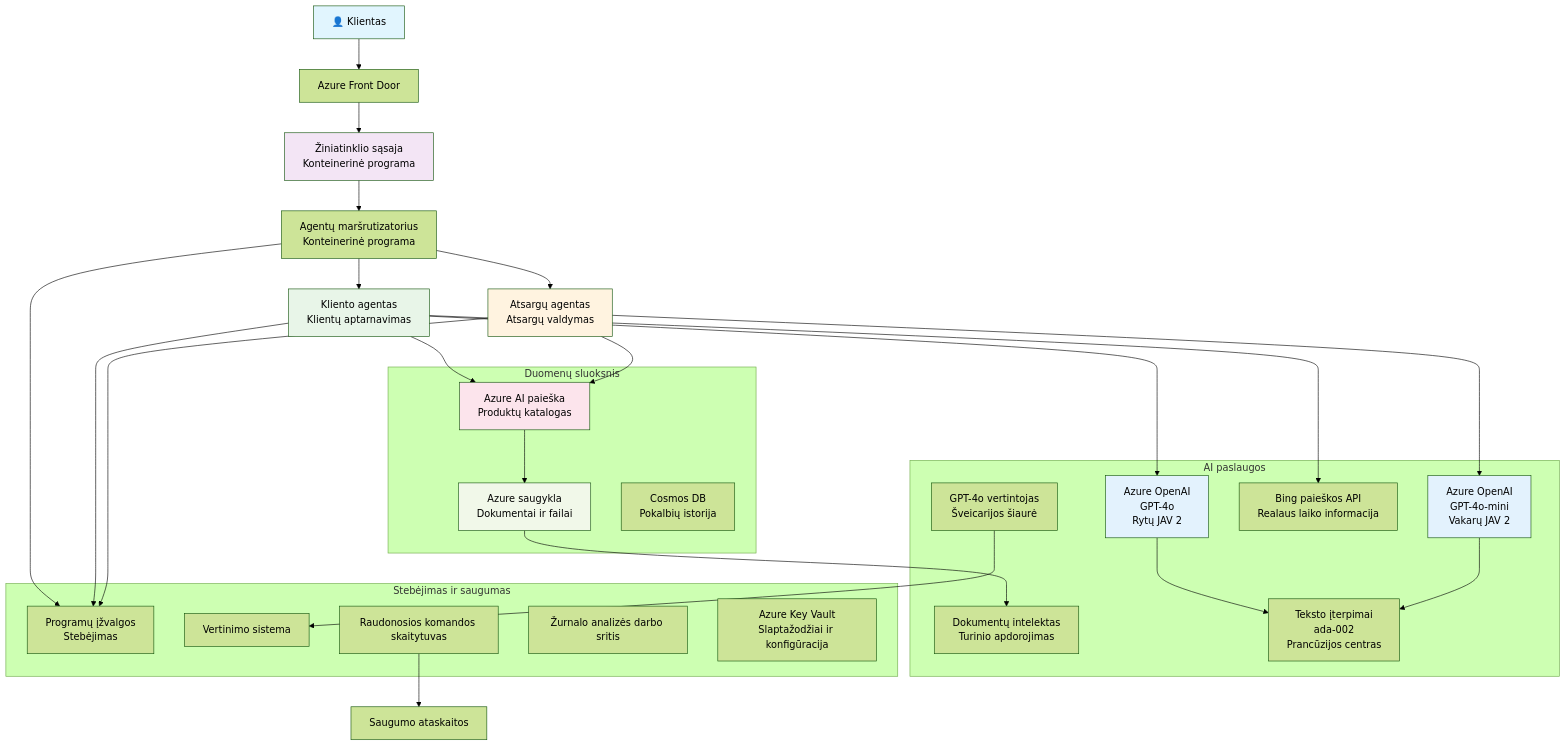
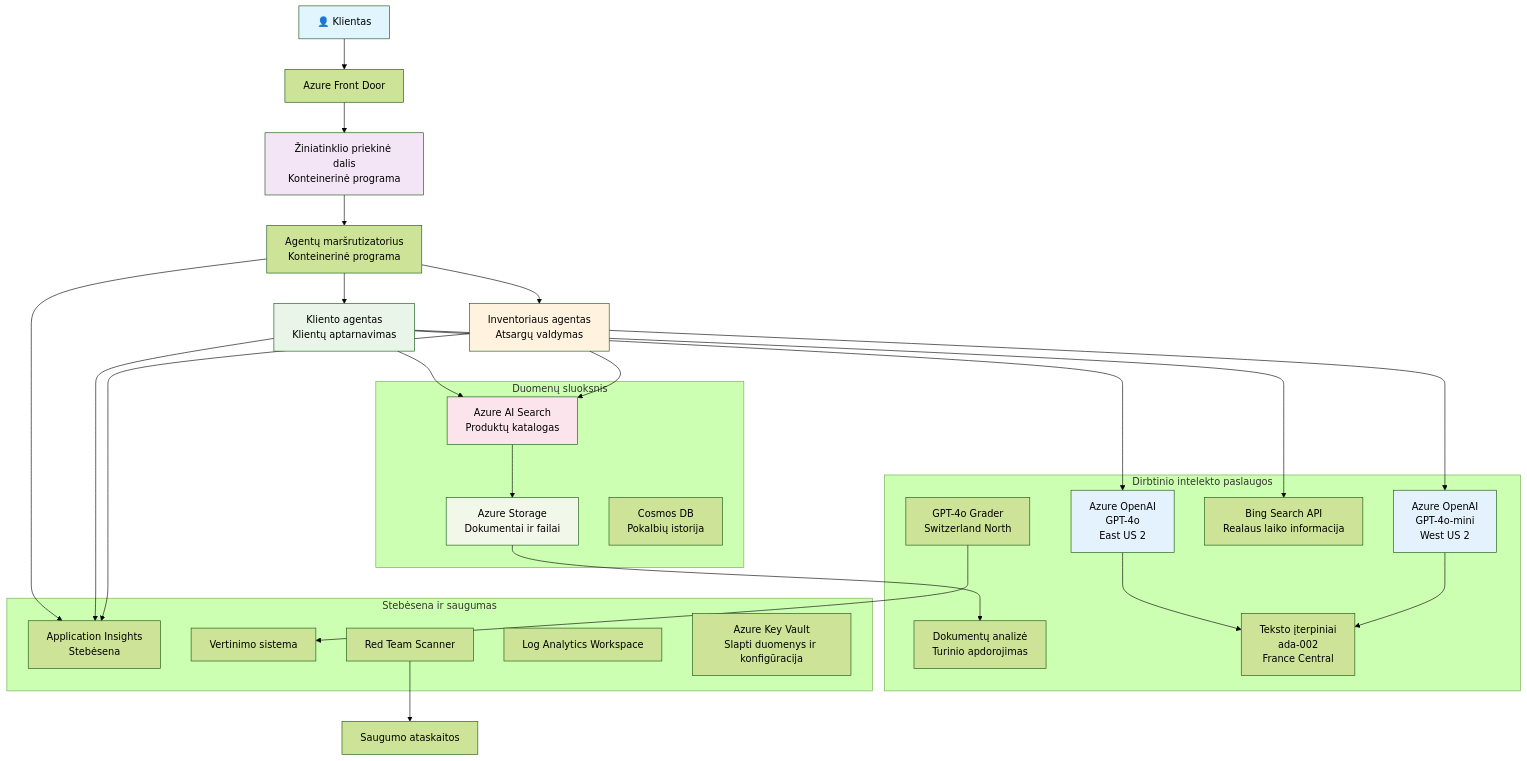
One commit to microsoft/AZD-for-beginners changed the diagram in translations/lt/examples/retail-scenario.md. Above: the diagram before and after it, drawn with Mermaid (forest theme). The commit also changed other lines of this file and 242 other files, not shown here.

````diff
--- a/translations/lt/examples/retail-scenario.md
+++ b/translations/lt/examples/retail-scenario.md
@@ -148,61 +139,61 @@
 ```mermaid
 graph TB
     User[👤 Klientas] --> LB[Azure Front Door]
-    LB --> WebApp[Žiniatinklio sąsaja<br/>Konteinerinė programa]
+    LB --> WebApp[Žiniatinklio priekinė dalis<br/>Konteinerinė programa]
     
     WebApp --> Router[Agentų maršrutizatorius<br/>Konteinerinė programa]
     Router --> CustomerAgent[Kliento agentas<br/>Klientų aptarnavimas]
-    Router --> InvAgent[Atsargų agentas<br/>Atsargų valdymas]
+    Router --> InvAgent[Inventoriaus agentas<br/>Atsargų valdymas]
     
-    CustomerAgent --> OpenAI1[Azure OpenAI<br/>GPT-4o<br/>Rytų JAV 2]
-    InvAgent --> OpenAI2[Azure OpenAI<br/>GPT-4o-mini<br/>Vakarų JAV 2]
+    CustomerAgent --> OpenAI1[Azure OpenAI<br/>GPT-4o<br/>East US 2]
+    InvAgent --> OpenAI2[Azure OpenAI<br/>GPT-4o-mini<br/>West US 2]
     
-    CustomerAgent --> AISearch[Azure AI paieška<br/>Produktų katalogas]
-    CustomerAgent --> BingSearch[Bing paieškos API<br/>Realaus laiko informacija]
+    CustomerAgent --> AISearch[Azure AI Search<br/>Produktų katalogas]
+    CustomerAgent --> BingSearch[Bing Search API<br/>Realaus laiko informacija]
     InvAgent --> AISearch
     
-    AISearch --> Storage[Azure saugykla<br/>Dokumentai ir failai]
-    Storage --> DocIntel[Dokumentų intelektas<br/>Turinio apdorojimas]
+    AISearch --> Storage[Azure Storage<br/>Dokumentai ir failai]
+    Storage --> DocIntel[Dokumentų analizė<br/>Turinio apdorojimas]
     
-    OpenAI1 --> Embeddings[Teksto įterpimai<br/>ada-002<br/>Prancūzijos centras]
+    OpenAI1 --> Embeddings[Teksto įterpiniai<br/>ada-002<br/>France Central]
     OpenAI2 --> Embeddings
     
-    Router --> AppInsights[Programų įžvalgos<br/>Stebėjimas]
+    Router --> AppInsights[Application Insights<br/>Stebėsena]
     CustomerAgent --> AppInsights
     InvAgent --> AppInsights
     
-    GraderModel[GPT-4o vertintojas<br/>Šveicarijos šiaurė] --> Evaluation[Vertinimo sistema]
-    RedTeam[Raudonosios komandos skaitytuvas] --> SecurityReports[Saugumo ataskaitos]
+    GraderModel[GPT-4o Grader<br/>Switzerland North] --> Evaluation[Vertinimo sistema]
+    RedTeam[Red Team Scanner] --> SecurityReports[Saugumo ataskaitos]
     
     subgraph "Duomenų sluoksnis"
         Storage
         AISearch
         CosmosDB[Cosmos DB<br/>Pokalbių istorija]
     end
     
-    subgraph "AI paslaugos"
+    subgraph "Dirbtinio intelekto paslaugos"
         OpenAI1
         OpenAI2
         Embeddings
         GraderModel
         DocIntel
         BingSearch
     end
     
-    subgraph "Stebėjimas ir saugumas"
+    subgraph "Stebėsena ir saugumas"
         AppInsights
-        LogAnalytics[Žurnalo analizės darbo sritis]
-        KeyVault[Azure Key Vault<br/>Slaptažodžiai ir konfigūracija]
+        LogAnalytics[Log Analytics Workspace]
+        KeyVault[Azure Key Vault<br/>Slapti duomenys ir konfigūracija]
         RedTeam
         Evaluation
     end
     
     style User fill:#e1f5fe
     style WebApp fill:#f3e5f5
     style CustomerAgent fill:#e8f5e8
     style InvAgent fill:#fff3e0
     style OpenAI1 fill:#e3f2fd
     style OpenAI2 fill:#e3f2fd
     style AISearch fill:#fce4ec
     style Storage fill:#f1f8e9
 ```
````
